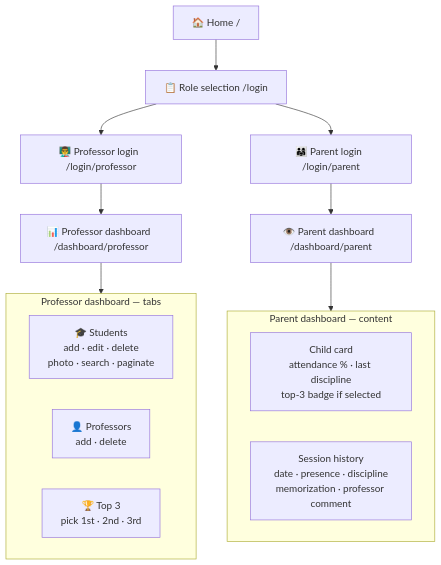
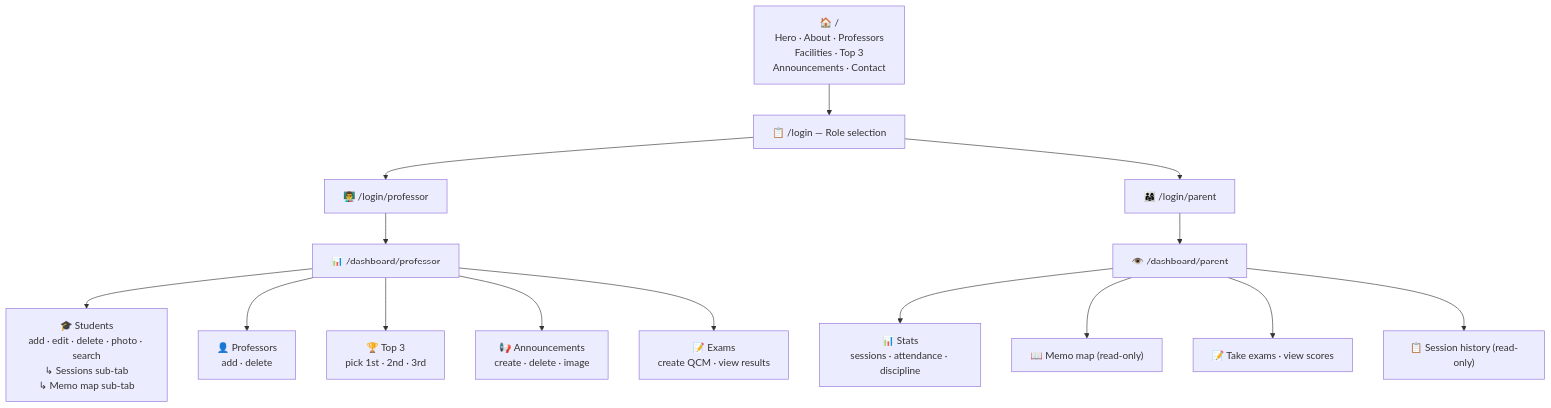
The third of 5 diagrams in SCHEMA.md (Faycalkhh/SchoolWebsite), drawn with Mermaid before and after one commit. The commit also changed other lines of this file and 7 other files, not shown here.

````diff
--- a/SCHEMA.md
+++ b/SCHEMA.md
@@ -135,29 +179,27 @@
 ```mermaid
 flowchart TD
-    HOME["🏠 Home  /"]
-    LOGIN["📋 Role selection  /login"]
-    PLOGIN["👨‍🏫 Professor login  /login/professor"]
-    RLOGIN["👨‍👩‍👧 Parent login  /login/parent"]
-    PDASH["📊 Professor dashboard  /dashboard/professor"]
-    RDASH["👁️ Parent dashboard  /dashboard/parent"]
+    HOME["🏠 /\nHero · About · Professors\nFacilities · Top 3\nAnnouncements · Contact"]
+    LOGIN["📋 /login — Role selection"]
+    PLOGIN["👨‍🏫 /login/professor"]
+    RLOGIN["👨‍👩‍👧 /login/parent"]
+    PDASH["📊 /dashboard/professor"]
+    RDASH["👁️ /dashboard/parent"]
 
-    HOME  --> LOGIN
-    LOGIN --> PLOGIN
-    LOGIN --> RLOGIN
+    PT1["🎓 Students\nadd · edit · delete · photo · search\n↳ Sessions sub-tab\n↳ Memo map sub-tab"]
+    PT2["👤 Professors\nadd · delete"]
+    PT3["🏆 Top 3\npick 1st · 2nd · 3rd"]
+    PT4["📢 Announcements\ncreate · delete · image"]
+    PT5["📝 Exams\ncreate QCM · view results"]
+
+    RC1["📊 Stats\nsessions · attendance · discipline"]
+    RC2["📖 Memo map (read-only)"]
+    RC3["📝 Take exams · view scores"]
+    RC4["📋 Session history (read-only)"]
+
+    HOME   --> LOGIN
+    LOGIN  --> PLOGIN & RLOGIN
     PLOGIN --> PDASH
     RLOGIN --> RDASH
-
-    subgraph PDASH_TABS ["Professor dashboard — tabs"]
-        T1["🎓 Students\nadd · edit · delete\nphoto · search · paginate"]
-        T2["👤 Professors\nadd · delete"]
-        T3["🏆 Top 3\npick 1st · 2nd · 3rd"]
-    end
-
-    subgraph RDASH_TABS ["Parent dashboard — content"]
-        T4["Child card\nattendance % · last discipline\ntop-3 badge if selected"]
-        T5["Session history\ndate · presence · discipline\nmemorization · professor comment"]
-    end
-
-    PDASH --> PDASH_TABS
-    RDASH --> RDASH_TABS
+    PDASH  --> PT1 & PT2 & PT3 & PT4 & PT5
+    RDASH  --> RC1 & RC2 & RC3 & RC4
 ```
````
